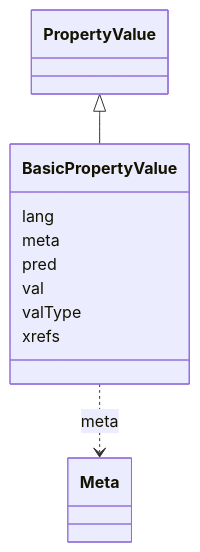
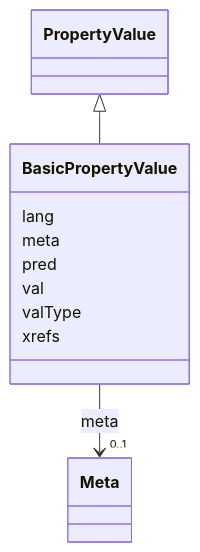
One commit to INCATools/ontology-access-kit changed the diagram in docs/datamodels/obograph/BasicPropertyValue.md. Above: the diagram before and after it, drawn with Mermaid. The commit also changed other lines of this file and 23 other files, not shown here.

````diff
--- a/docs/datamodels/obograph/BasicPropertyValue.md
+++ b/docs/datamodels/obograph/BasicPropertyValue.md
@@ -11,21 +19,28 @@
-```{mermaid}
+```mermaid
  classDiagram
     class BasicPropertyValue
+    click BasicPropertyValue href "../BasicPropertyValue"
       PropertyValue <|-- BasicPropertyValue
+        click PropertyValue href "../PropertyValue"
       
       BasicPropertyValue : lang
         
       BasicPropertyValue : meta
         
-          BasicPropertyValue ..> Meta : meta
+          
+    
+    
+    BasicPropertyValue --> "0..1" Meta : meta
+    click Meta href "../Meta"
+
         
       BasicPropertyValue : pred
         
       BasicPropertyValue : val
         
       BasicPropertyValue : valType
         
       BasicPropertyValue : xrefs
         
       
 ```
````
